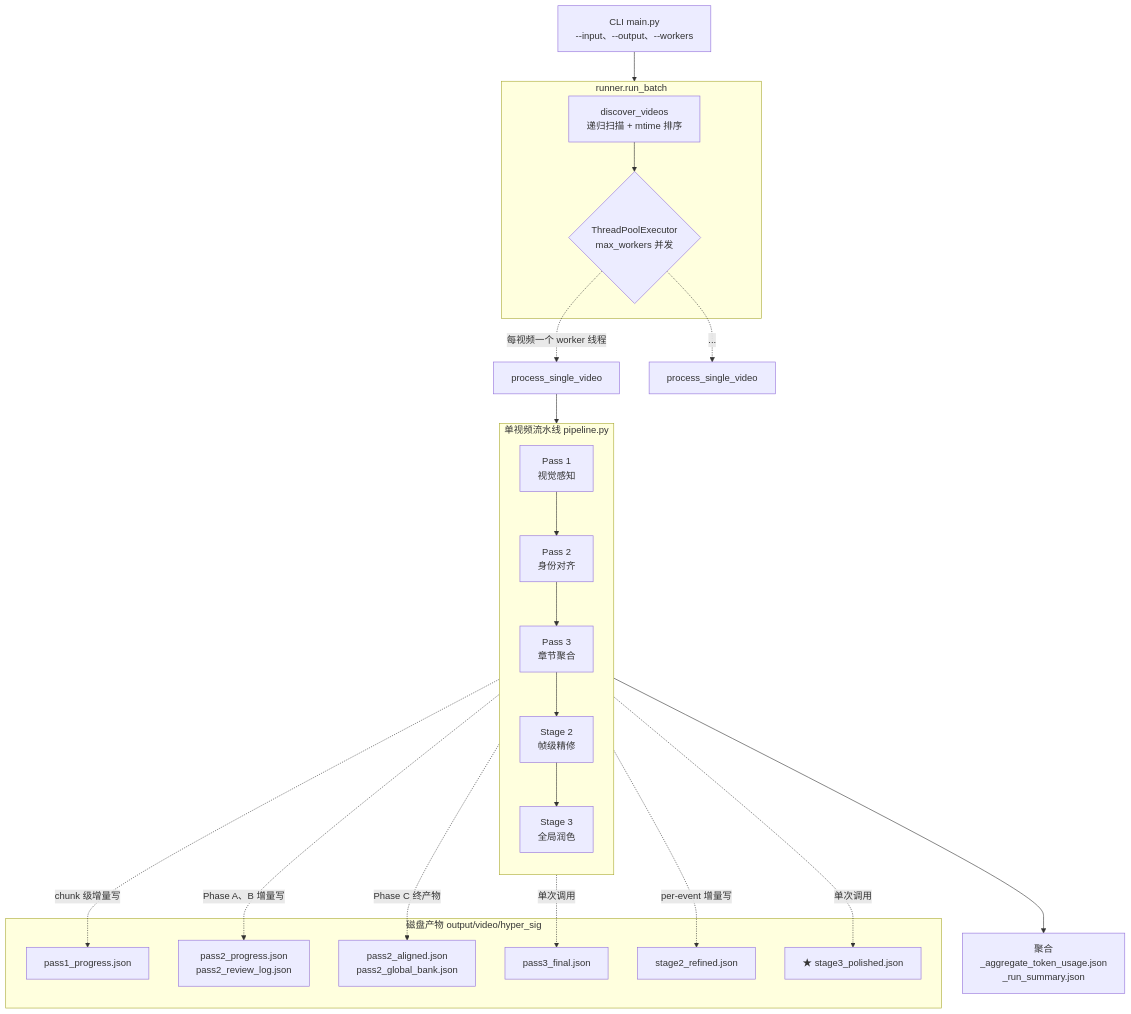
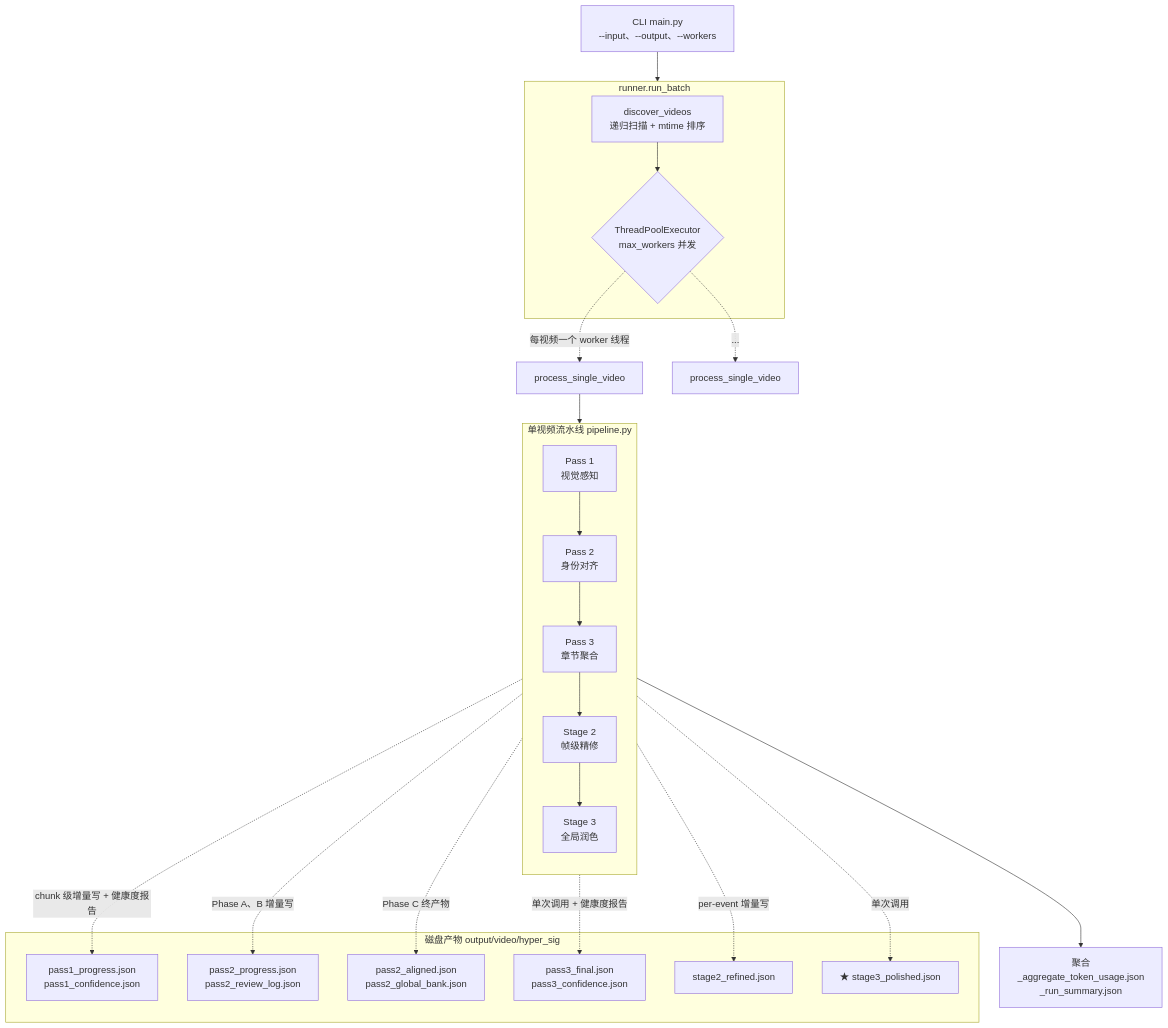
Before and after one commit to warmheartHoward/LongVideoCaption: the first of 4 diagrams in README.md, drawn with Mermaid. The commit also changed other lines of this file and 8 other files, not shown here.

````diff
--- a/README.md
+++ b/README.md
@@ -10,43 +10,43 @@
 ```mermaid
 flowchart TB
     CLI["CLI main.py<br/>--input、--output、--workers"] --> Runner
 
     subgraph Runner["runner.run_batch"]
         Disc["discover_videos<br/>递归扫描 + mtime 排序"]
         Pool{"ThreadPoolExecutor<br/>max_workers 并发"}
         Disc --> Pool
     end
 
     Pool -.->|"每视频一个 worker 线程"| Pipe1["process_single_video"]
     Pool -.->|"..."| PipeN["process_single_video"]
 
     subgraph PerVideo["单视频流水线 pipeline.py"]
         direction TB
         P1["Pass 1<br/>视觉感知"]
         P2["Pass 2<br/>身份对齐"]
         P3["Pass 3<br/>章节聚合"]
         S2["Stage 2<br/>帧级精修"]
         S3["Stage 3<br/>全局润色"]
         P1 --> P2 --> P3 --> S2 --> S3
     end
 
     Pipe1 --> PerVideo
 
     subgraph Artifacts["磁盘产物 output/video/hyper_sig"]
-        F1["pass1_progress.json"]
+        F1["pass1_progress.json<br/>pass1_confidence.json"]
         F2["pass2_progress.json<br/>pass2_review_log.json"]
         F3["pass2_aligned.json<br/>pass2_global_bank.json"]
-        F4["pass3_final.json"]
+        F4["pass3_final.json<br/>pass3_confidence.json"]
         F5["stage2_refined.json"]
         F6["★ stage3_polished.json"]
     end
 
-    P1 -.->|"chunk 级增量写"| F1
+    P1 -.->|"chunk 级增量写 + 健康度报告"| F1
     P2 -.->|"Phase A、B 增量写"| F2
     P2 -.->|"Phase C 终产物"| F3
-    P3 -.->|"单次调用"| F4
+    P3 -.->|"单次调用 + 健康度报告"| F4
     S2 -.->|"per-event 增量写"| F5
     S3 -.->|"单次调用"| F6
 
     PerVideo --> Agg["聚合<br/>_aggregate_token_usage.json<br/>_run_summary.json"]
 ```
````
